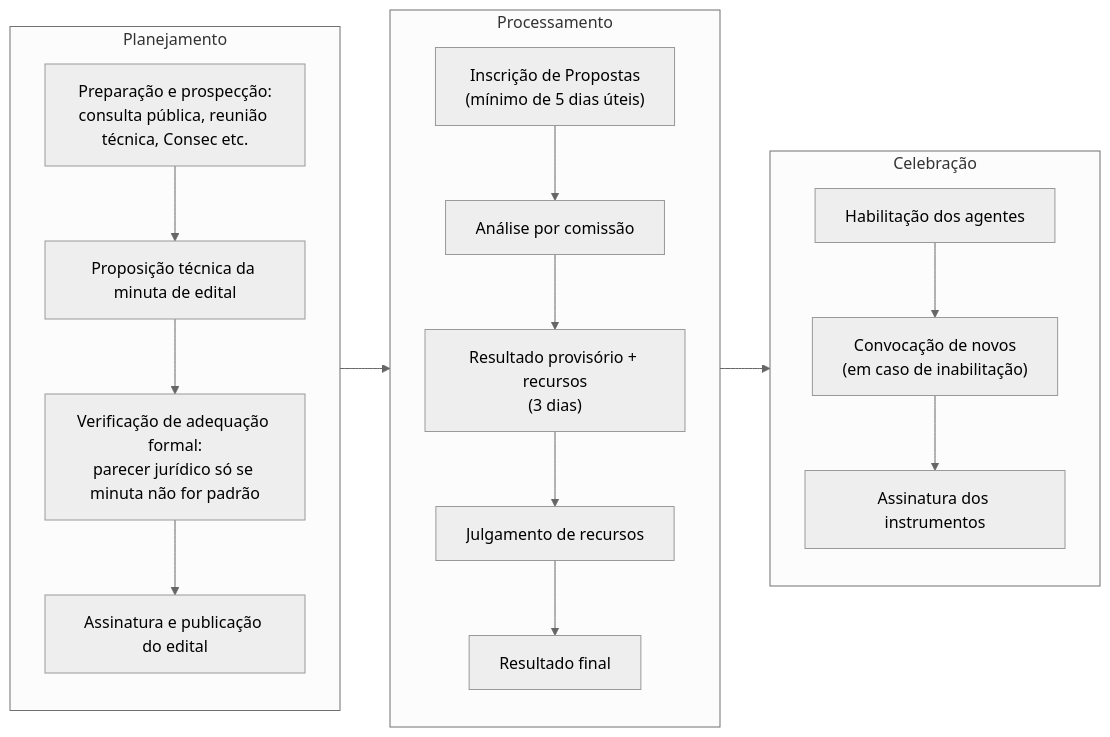
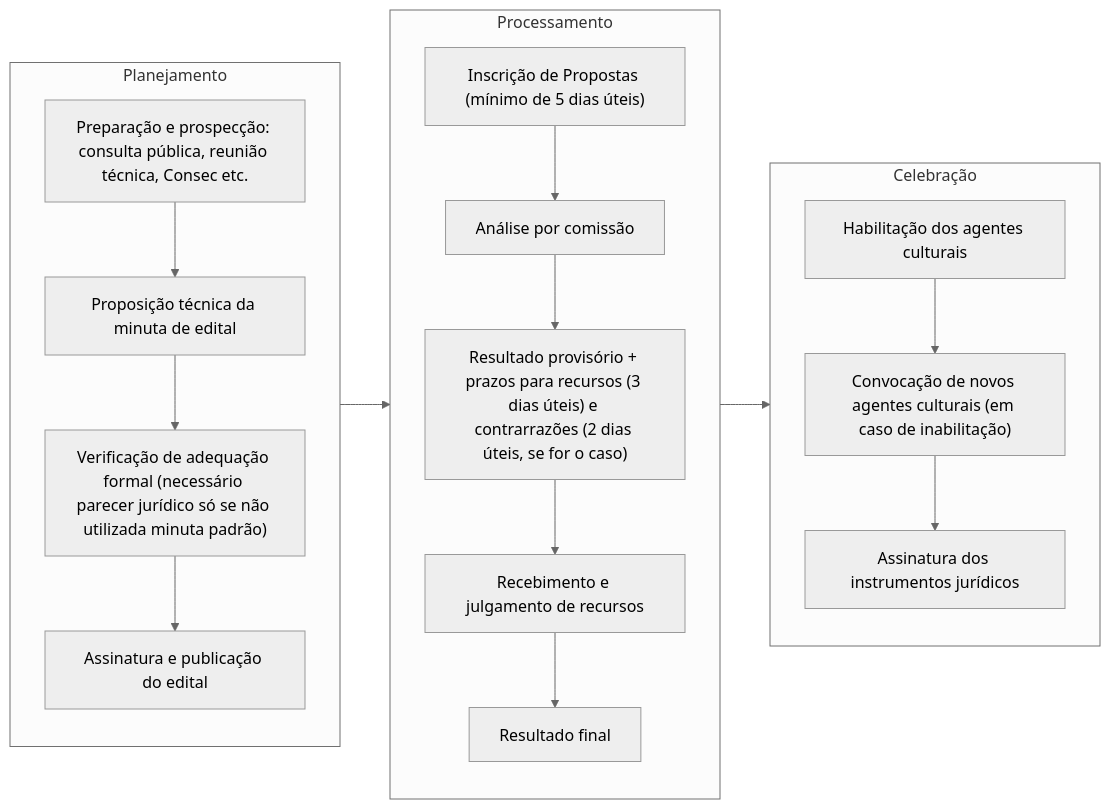
One commit to iepha-mg/manual.appi changed the first of 2 diagrams in paginas/marcos_regulatorios/MRFC/TEC/README.md. Above: the diagram before and after it, drawn with Mermaid (neutral theme). The commit also changed other lines of this file, not shown here.

```diff
--- a/paginas/marcos_regulatorios/MRFC/TEC/README.md
+++ b/paginas/marcos_regulatorios/MRFC/TEC/README.md
@@ -88,23 +88,23 @@
 <pre class="mermaid">
 flowchart LR
     subgraph Planejamento
-        A1["Preparação e prospecção:\nconsulta pública, reunião técnica, Consec etc."] --> A2["Proposição técnica da minuta de edital"]
-        A2 --> A3["Verificação de adequação formal:\nparecer jurídico só se minuta não for padrão"]
+        A1["Preparação e prospecção: consulta pública, reunião técnica, Consec etc."] --> A2["Proposição técnica da minuta de edital"]
+        A2 --> A3["Verificação de adequação formal (necessário parecer jurídico só se não utilizada minuta padrão)"]
         A3 --> A4["Assinatura e publicação do edital"]
     end
 
     subgraph Processamento
-        B1["Inscrição de Propostas\n(mínimo de 5 dias úteis)"] --> B2["Análise por comissão"]
-        B2 --> B3["Resultado provisório + recursos\n(3 dias)"]
-        B3 --> B4["Julgamento de recursos"]
+        B1["Inscrição de Propostas (mínimo de 5 dias úteis)"] --> B2["Análise por comissão"]
+        B2 --> B3["Resultado provisório + prazos para recursos (3 dias úteis) e contrarrazões (2 dias úteis, se for o caso)"]
+        B3 --> B4["Recebimento e julgamento de recursos"]
         B4 --> B5["Resultado final"]
     end
 
     subgraph Celebração
-        C1["Habilitação dos agentes"] --> C2["Convocação de novos\n(em caso de inabilitação)"]
-        C2 --> C3["Assinatura dos instrumentos"]
+        C1["Habilitação dos agentes culturais"] --> C2["Convocação de novos agentes culturais (em caso de inabilitação)"]
+        C2 --> C3["Assinatura dos instrumentos jurídicos"]
     end
 
     Planejamento --> Processamento
     Processamento --> Celebração
 </pre>
```
